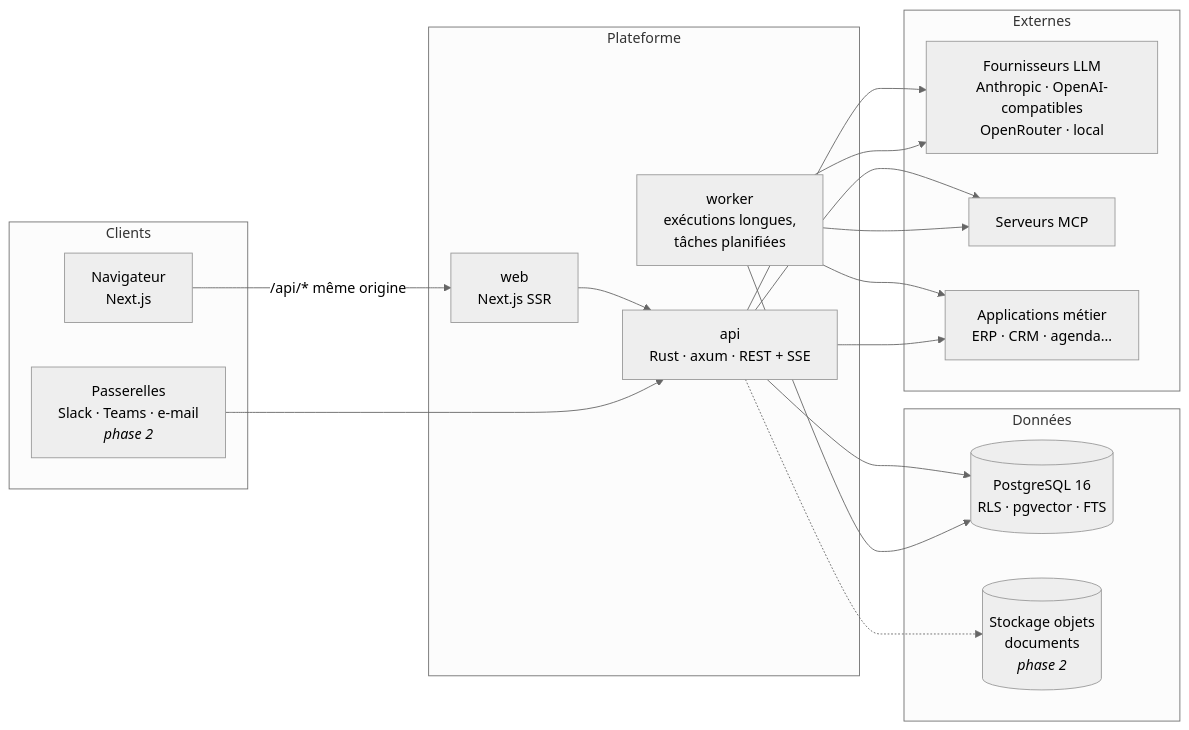
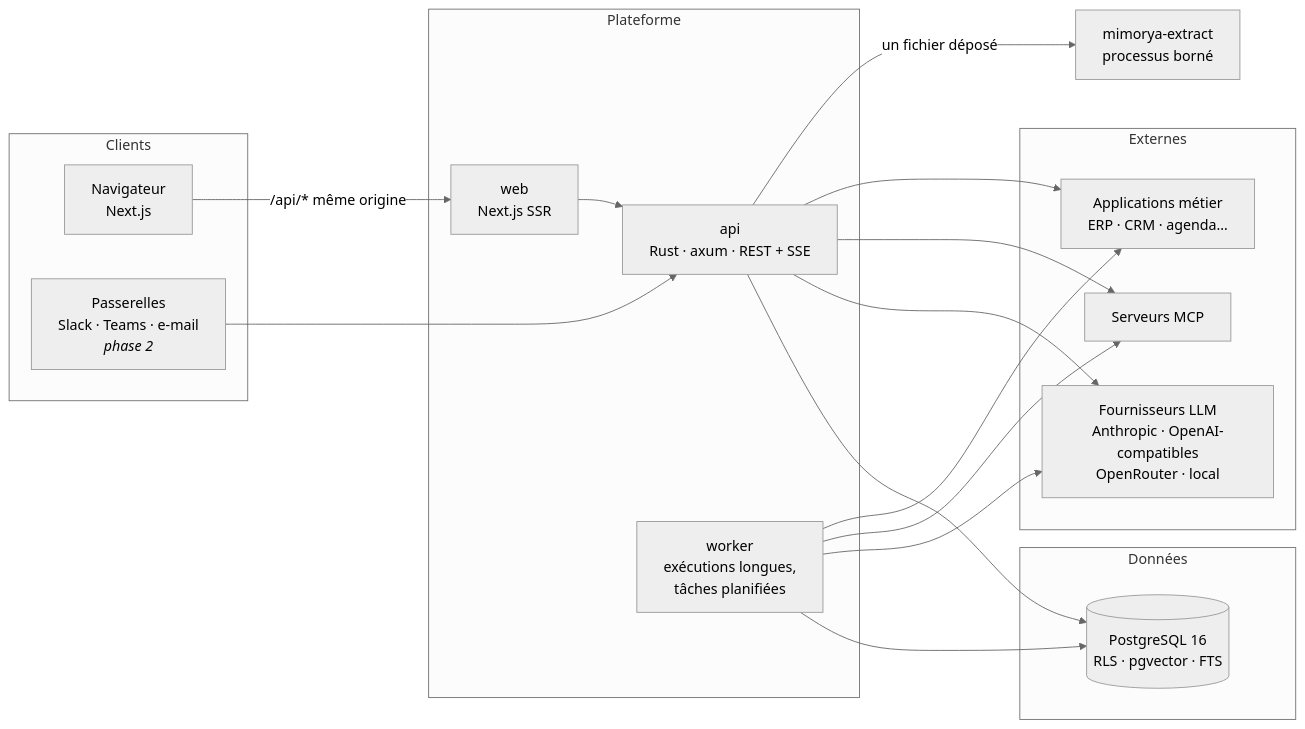
The first of 4 diagrams in docs/ARCHITECTURE.md (OrizonLab/mimorya), drawn with Mermaid (neutral theme) before and after one commit. The commit also changed other lines of this file and 12 other files, not shown here.

````diff
--- a/docs/ARCHITECTURE.md
+++ b/docs/ARCHITECTURE.md
@@ -12,32 +12,31 @@
 ```mermaid
 flowchart LR
   subgraph Clients
     W[Navigateur<br/>Next.js]
     G[Passerelles<br/>Slack · Teams · e-mail<br/><i>phase 2</i>]
   end
   subgraph Plateforme
     WEB[web<br/>Next.js SSR]
     API[api<br/>Rust · axum · REST + SSE]
     WRK[worker<br/>exécutions longues,<br/>tâches planifiées]
   end
   subgraph Données
     PG[(PostgreSQL 16<br/>RLS · pgvector · FTS)]
-    OBJ[(Stockage objets<br/>documents<br/><i>phase 2</i>)]
   end
   subgraph Externes
     LLM[Fournisseurs LLM<br/>Anthropic · OpenAI-compatibles<br/>OpenRouter · local]
     MCP[Serveurs MCP]
     APPS[Applications métier<br/>ERP · CRM · agenda…]
   end
   W -->|/api/* même origine| WEB --> API
   G --> API
   API --> PG
   WRK --> PG
   API --> LLM
   WRK --> LLM
   API --> MCP
   WRK --> MCP
   WRK --> APPS
   API --> APPS
-  API -.-> OBJ
+  API -->|un fichier déposé| EXT[mimorya-extract<br/>processus borné]
 ```
````
